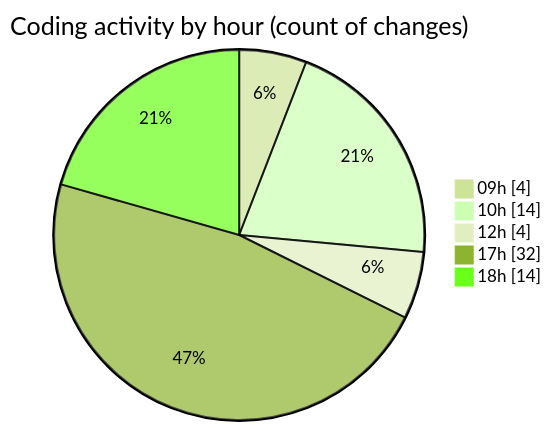
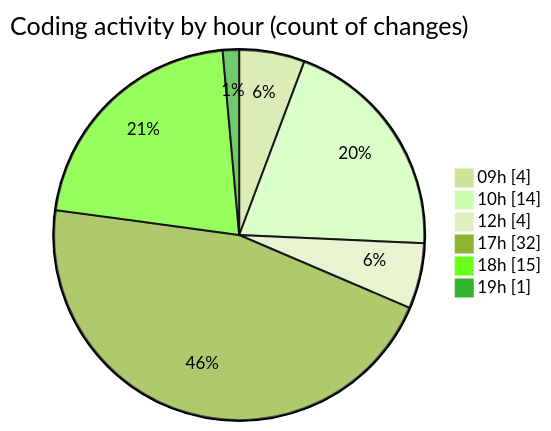
Before and after one commit to Elitesun/code-tracking: the second of 2 diagrams in 2025-05-06/niten/README.md, drawn with Mermaid (forest theme). The commit also changed other lines of this file and 1 other file, not shown here.

````diff
--- a/2025-05-06/niten/README.md
+++ b/2025-05-06/niten/README.md
@@ -54,9 +55,10 @@
 ```mermaid
 pie showData
 title Coding activity by hour (count of changes)
 "09h" : 4
 "10h" : 14
 "12h" : 4
 "17h" : 32
-"18h" : 14
+"18h" : 15
+"19h" : 1
 ```
````
